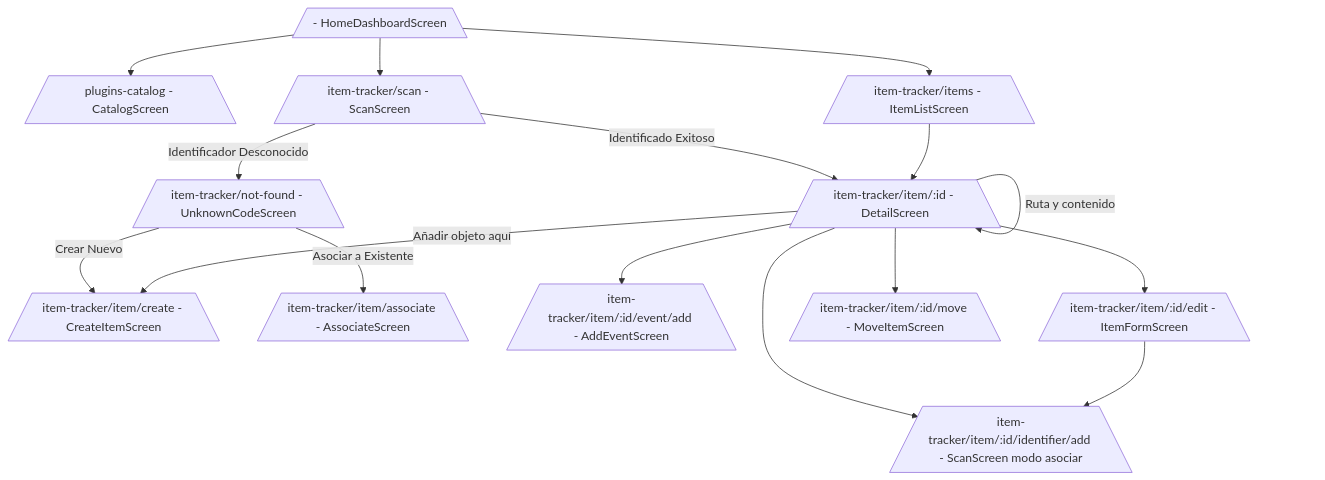
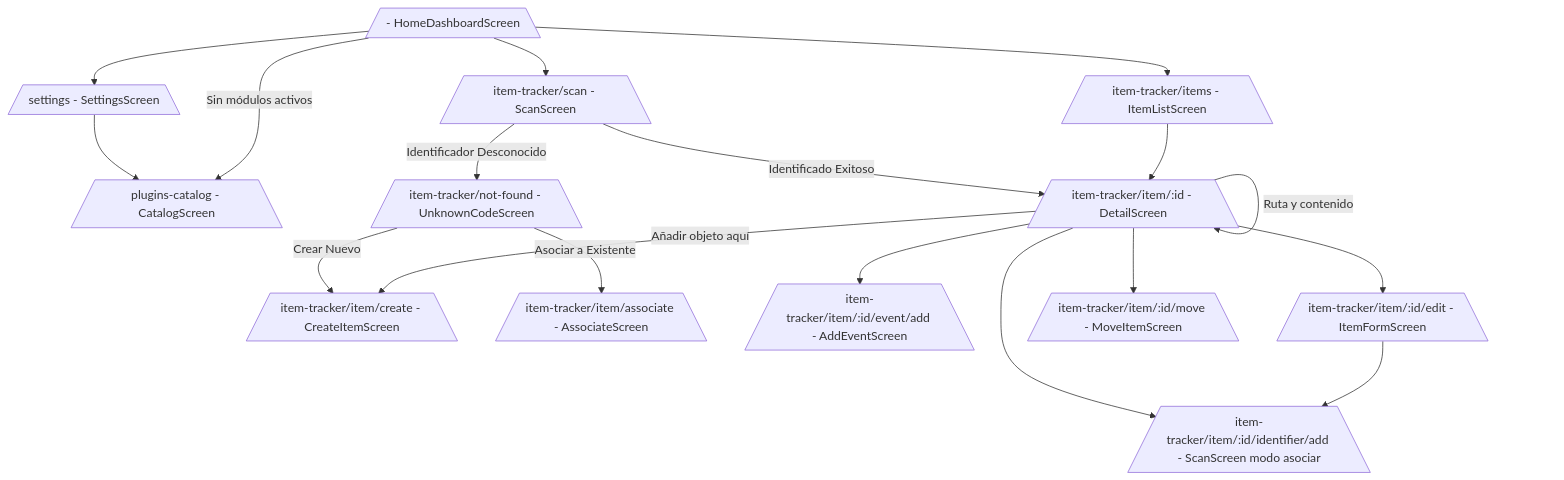
One commit to cristian2024/home_tasks changed the third of 4 diagrams in specs/app_spec.md. Above: the diagram before and after it, drawn with Mermaid. The commit also changed other lines of this file and 1 other file, not shown here.

````diff
--- a/specs/app_spec.md
+++ b/specs/app_spec.md
@@ -850,18 +856,20 @@
 ```mermaid
 graph TD
-    Home[/ - HomeDashboardScreen\] --> Catalog[/plugins-catalog - CatalogScreen\]
+    Home[/ - HomeDashboardScreen\] --> Settings[/settings - SettingsScreen\]
+    Settings --> Catalog[/plugins-catalog - CatalogScreen\]
+    Home -->|Sin módulos activos| Catalog
     Home --> Scan[/item-tracker/scan - ScanScreen\]
     Scan -->|Identificado Exitoso| Detail[/item-tracker/item/:id - DetailScreen\]
     Scan -->|Identificador Desconocido| NotFound[/item-tracker/not-found - UnknownCodeScreen\]
     NotFound -->|Crear Nuevo| Create[/item-tracker/item/create - CreateItemScreen\]
     NotFound -->|Asociar a Existente| Associate[/item-tracker/item/associate - AssociateScreen\]
     Detail --> AddEvent[/item-tracker/item/:id/event/add - AddEventScreen\]
     Detail --> Edit[/item-tracker/item/:id/edit - ItemFormScreen\]
     Detail --> AddIdentifier[/item-tracker/item/:id/identifier/add - ScanScreen modo asociar\]
     Edit --> AddIdentifier
     Detail --> Move[/item-tracker/item/:id/move - MoveItemScreen\]
     Detail -->|Añadir objeto aquí| Create
     Detail -->|Ruta y contenido| Detail
     Home --> Items[/item-tracker/items - ItemListScreen\]
     Items --> Detail
 ```
````
